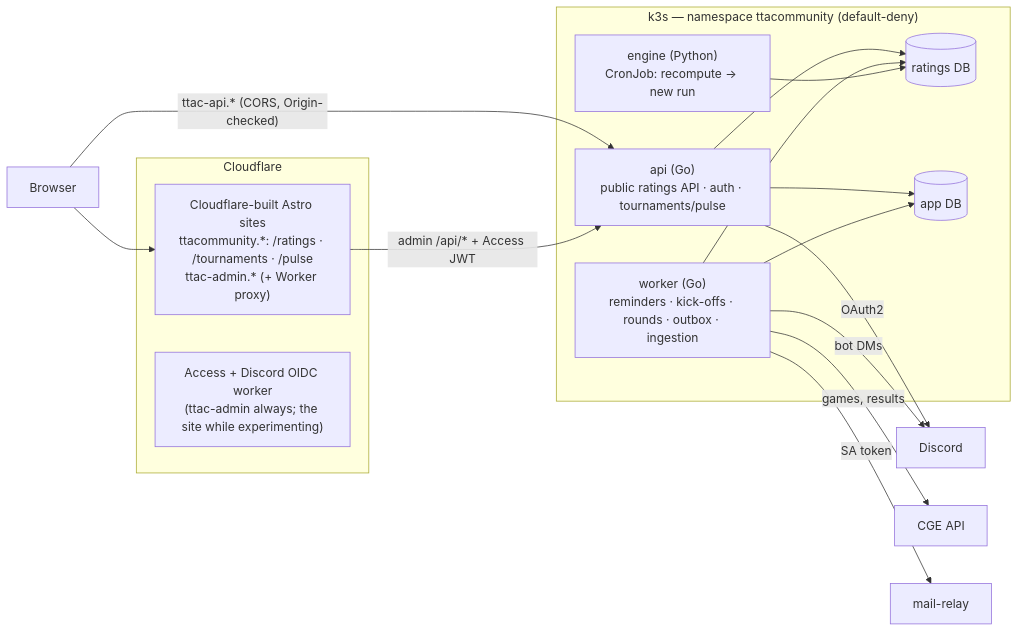
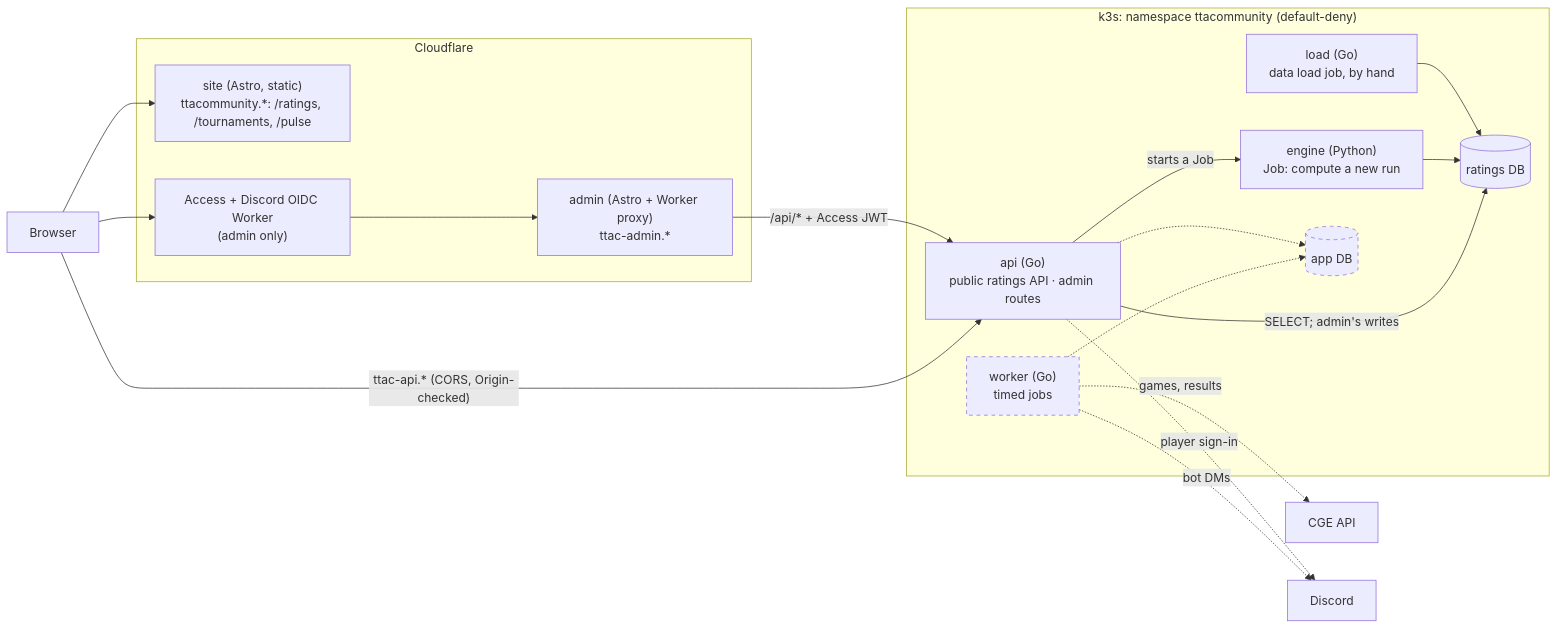
Before and after one commit to ttacommunity/ttacommunity: the first of 2 diagrams in docs/architecture.md, drawn with Mermaid. The commit also changed other lines of this file and 1 other file, not shown here.

Commit message:
Rewrite the developer guide and document the schema

````diff
--- a/docs/architecture.md
+++ b/docs/architecture.md
@@ -7,26 +11,31 @@
 ```mermaid
 flowchart LR
     subgraph cf["Cloudflare"]
-        pages["Cloudflare-built Astro sites<br/>ttacommunity.*: /ratings · /tournaments · /pulse<br/>ttac-admin.* (+ Worker proxy)"]
-        access["Access + Discord OIDC worker<br/>(ttac-admin always; the site while experimenting)"]
+        site["site (Astro, static)<br/>ttacommunity.*: /ratings, /tournaments, /pulse"]
+        admin["admin (Astro + Worker proxy)<br/>ttac-admin.*"]
+        access["Access + Discord OIDC Worker<br/>(admin only)"]
     end
-    subgraph cluster["k3s — namespace ttacommunity (default-deny)"]
-        api["api (Go)<br/>public ratings API · auth · tournaments/pulse"]
-        worker["worker (Go)<br/>reminders · kick-offs · rounds · outbox · ingestion"]
-        engine["engine (Python)<br/>CronJob: recompute → new run"]
+    subgraph cluster["k3s: namespace ttacommunity (default-deny)"]
+        api["api (Go)<br/>public ratings API · admin routes"]
+        engine["engine (Python)<br/>Job: compute a new run"]
+        load["load (Go)<br/>data load job, by hand"]
         rdb[("ratings DB")]
+        worker["worker (Go)<br/>timed jobs"]
         adb[("app DB")]
     end
-    browser["Browser"] --> pages
+    browser["Browser"] --> site
     browser -->|"ttac-api.* (CORS, Origin-checked)"| api
-    pages -->|"admin /api/* + Access JWT"| api
-    api --> rdb
-    api --> adb
-    worker --> adb
-    worker --> rdb
+    browser --> access --> admin
+    admin -->|"/api/* + Access JWT"| api
+    api -->|"SELECT; admin's writes"| rdb
+    api -->|starts a Job| engine
     engine --> rdb
-    api -->|OAuth2| discord["Discord"]
-    worker -->|bot DMs| discord
-    worker -->|games, results| cge["CGE API"]
-    worker -->|SA token| relay["mail-relay"]
+    load --> rdb
+    worker -.-> adb
+    worker -.->|games, results| cge["CGE API"]
+    worker -.->|bot DMs| discord["Discord"]
+    api -.->|player sign-in| discord
+    api -.-> adb
+    classDef planned stroke-dasharray: 5 5
+    class worker,adb planned
 ```
````
